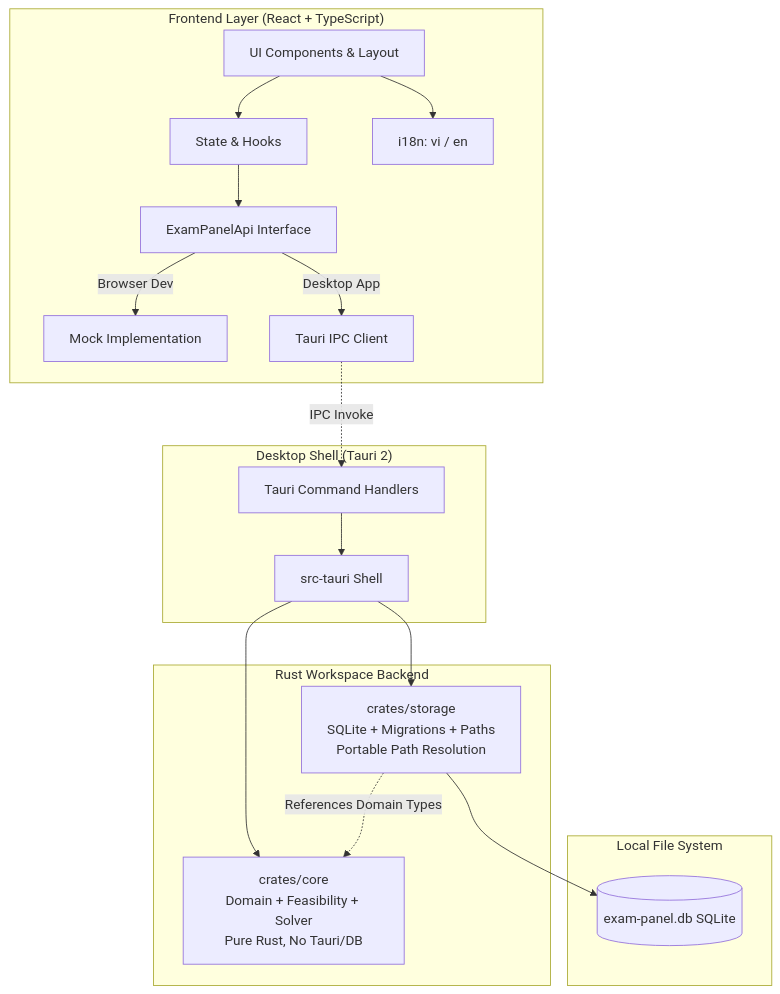
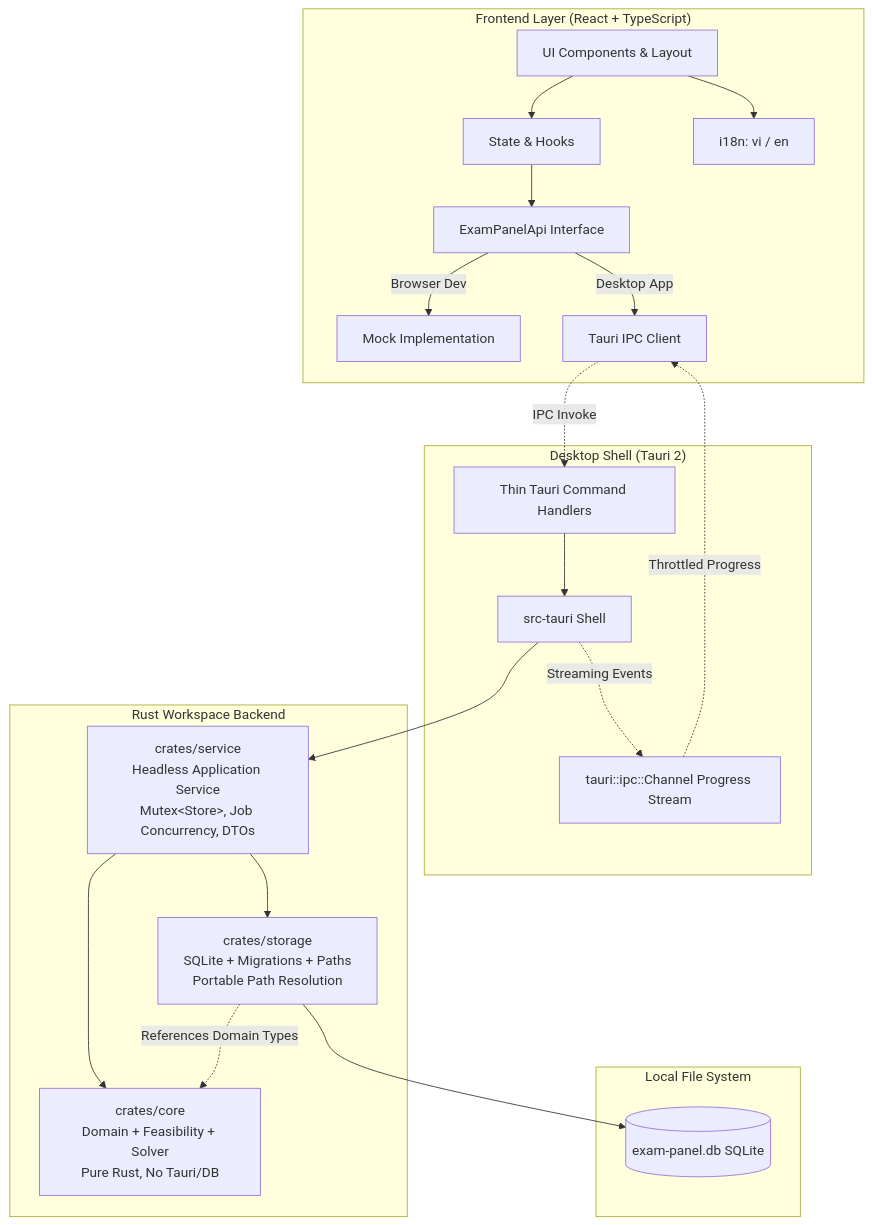
One commit to ngoc24794/ExamPanel changed the first of 6 diagrams in docs/ARCHITECTURE.md. Above: the diagram before and after it, drawn with Mermaid. The commit also changed other lines of this file and 3 other files, not shown here.

Commit message:
docs: update architecture, spec, decisions, and tech references for phase 5

````diff
--- a/docs/ARCHITECTURE.md
+++ b/docs/ARCHITECTURE.md
@@ -6,39 +6,44 @@
 ```mermaid
 flowchart TD
     subgraph Frontend["Frontend Layer (React + TypeScript)"]
         UI[UI Components & Layout]
         State[State & Hooks]
         I18n[i18n: vi / en]
         API_LAYER[ExamPanelApi Interface]
         MOCK[Mock Implementation]
         TAURI_CLIENT[Tauri IPC Client]
 
         UI --> State
         UI --> I18n
         State --> API_LAYER
         API_LAYER -->|Browser Dev| MOCK
         API_LAYER -->|Desktop App| TAURI_CLIENT
     end
 
     subgraph Shell["Desktop Shell (Tauri 2)"]
         TAURI_SHELL[src-tauri Shell]
-        IPC_HANDLERS[Tauri Command Handlers]
+        IPC_HANDLERS[Thin Tauri Command Handlers]
+        CHANNEL[tauri::ipc::Channel Progress Stream]
 
         TAURI_CLIENT -.->|IPC Invoke| IPC_HANDLERS
         IPC_HANDLERS --> TAURI_SHELL
+        TAURI_SHELL -.->|Streaming Events| CHANNEL
+        CHANNEL -.->|Throttled Progress| TAURI_CLIENT
     end
 
     subgraph Backend["Rust Workspace Backend"]
+        SERVICE[crates/service\nHeadless Application Service\nMutex&lt;Store&gt;, Job Concurrency, DTOs]
         CORE[crates/core\nDomain + Feasibility + Solver\nPure Rust, No Tauri/DB]
         STORAGE[crates/storage\nSQLite + Migrations + Paths\nPortable Path Resolution]
 
-        TAURI_SHELL --> CORE
-        TAURI_SHELL --> STORAGE
+        TAURI_SHELL --> SERVICE
+        SERVICE --> CORE
+        SERVICE --> STORAGE
         STORAGE -.->|References Domain Types| CORE
     end
 
     subgraph StorageEngine["Local File System"]
         DB[(exam-panel.db SQLite)]
         STORAGE --> DB
     end
 ```
````
